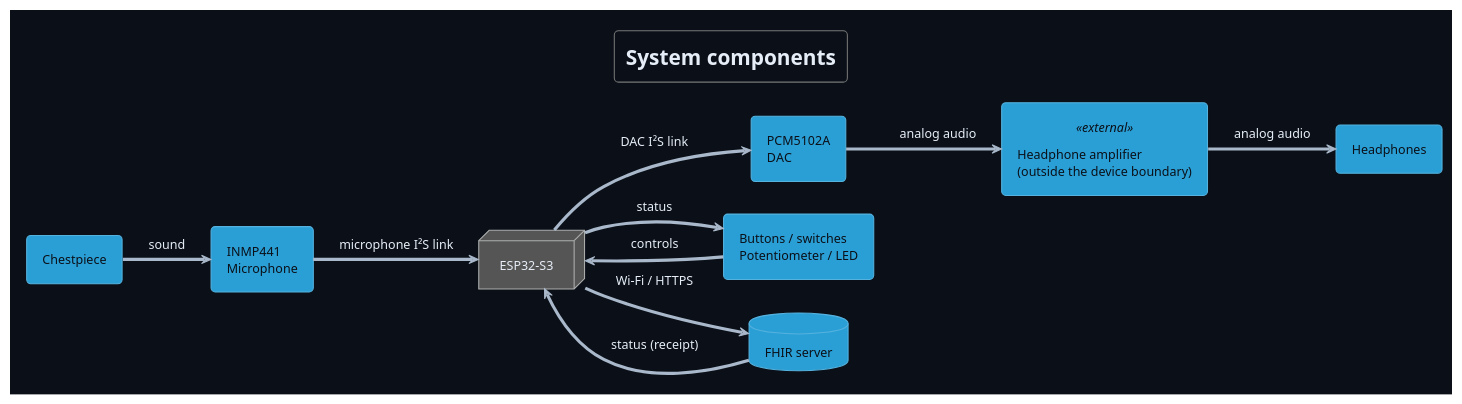
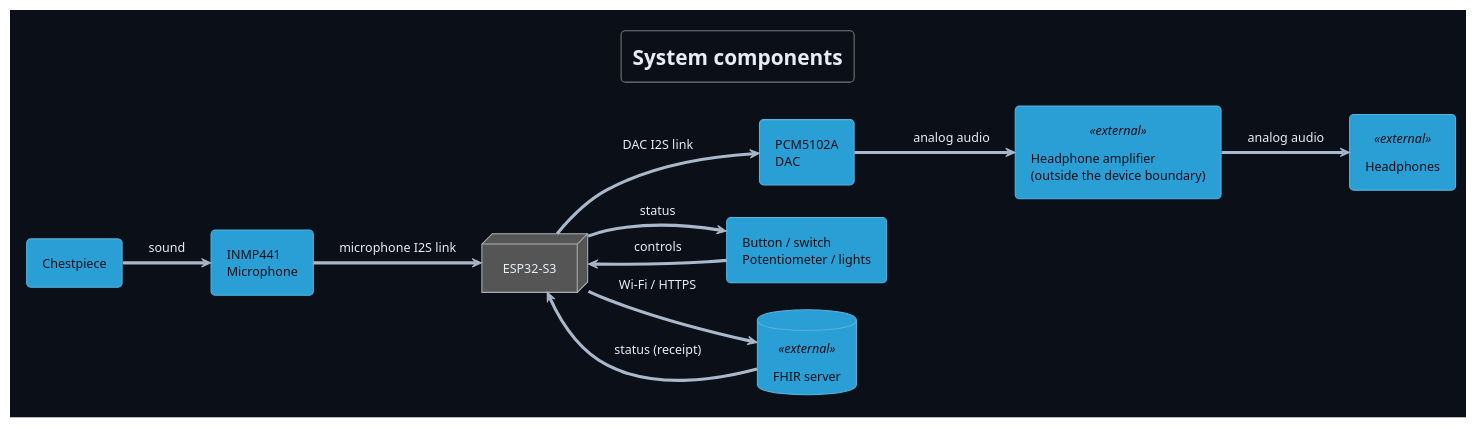
Before and after one commit to DemonicPsychoII/DigitalStethoscope: the diagram in Development/system/architecture/system/puml/system-components.puml, drawn with PlantUML. The commit also changed 120 other files, not shown here.

```diff
--- a/Development/system/architecture/system/puml/system-components.puml
+++ b/Development/system/architecture/system/puml/system-components.puml
@@ -1,43 +1,35 @@
 @startuml system_components
 !theme cyborg
 !pragma layout smetana
 skinparam shadowing false
 skinparam backgroundColor #0b1018
 skinparam defaultFontColor #e6edf7
 skinparam ArrowColor #a9b8ca
 skinparam database {
  FontColor #0b1018
 }
 skinparam component {
  FontColor #0b1018
- BackgroundColor<<optional>> #273241
- BorderColor<<optional>> #61738a
- FontColor<<optional>> #b8c4d4
-}
-skinparam artifact {
- BackgroundColor<<optional>> #273241
- BorderColor<<optional>> #61738a
- FontColor<<optional>> #b8c4d4
 }
 skinparam componentStyle rectangle
 skinparam defaultFontName SansSerif
 title System components
 left to right direction
 component "Chestpiece" as chest
 component "INMP441\nMicrophone" as mic
 node "ESP32-S3" as cpu
 component "PCM5102A\nDAC" as dac
 component "Headphone amplifier\n(outside the device boundary)" as amp <<external>>
-component "Headphones" as hp
-component "Buttons / switches\nPotentiometer / LED" as controls
-database "FHIR server" as server
+component "Headphones" as hp <<external>>
+component "Button / switch\nPotentiometer / lights" as controls
+database "FHIR server" as server <<external>>
 chest --> mic : sound
-mic --> cpu : microphone I²S link
-cpu --> dac : DAC I²S link
+mic --> cpu : microphone I2S link
+cpu --> dac : DAC I2S link
 dac --> amp : analog audio
 amp --> hp : analog audio
 controls --> cpu : controls
 cpu --> controls : status
 cpu --> server : Wi-Fi / HTTPS
 server --> cpu : status (receipt)
 @enduml
```
